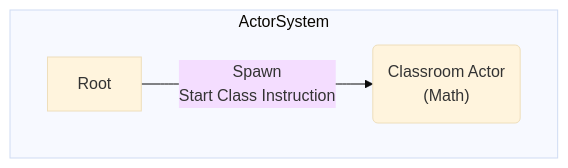
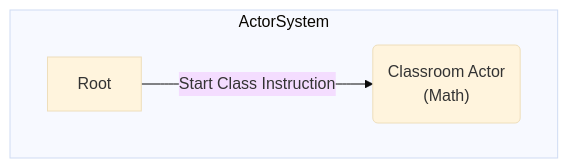
Before and after one commit to ytake/phpcon-okinawa-example: the second of 9 diagrams in readme.md, drawn with Mermaid (base theme). The commit also changed other lines of this file, not shown here.

````diff
--- a/readme.md
+++ b/readme.md
@@ -49,6 +49,6 @@
 ```mermaid
 flowchart TD
     subgraph ActorSystem
-        Root -->|Spawn\nStart Class Instruction| ClassroomActor("Classroom Actor\n(Math)")
+        Root -->|Start Class Instruction| ClassroomActor("Classroom Actor\n(Math)")
     end
 ```
````
